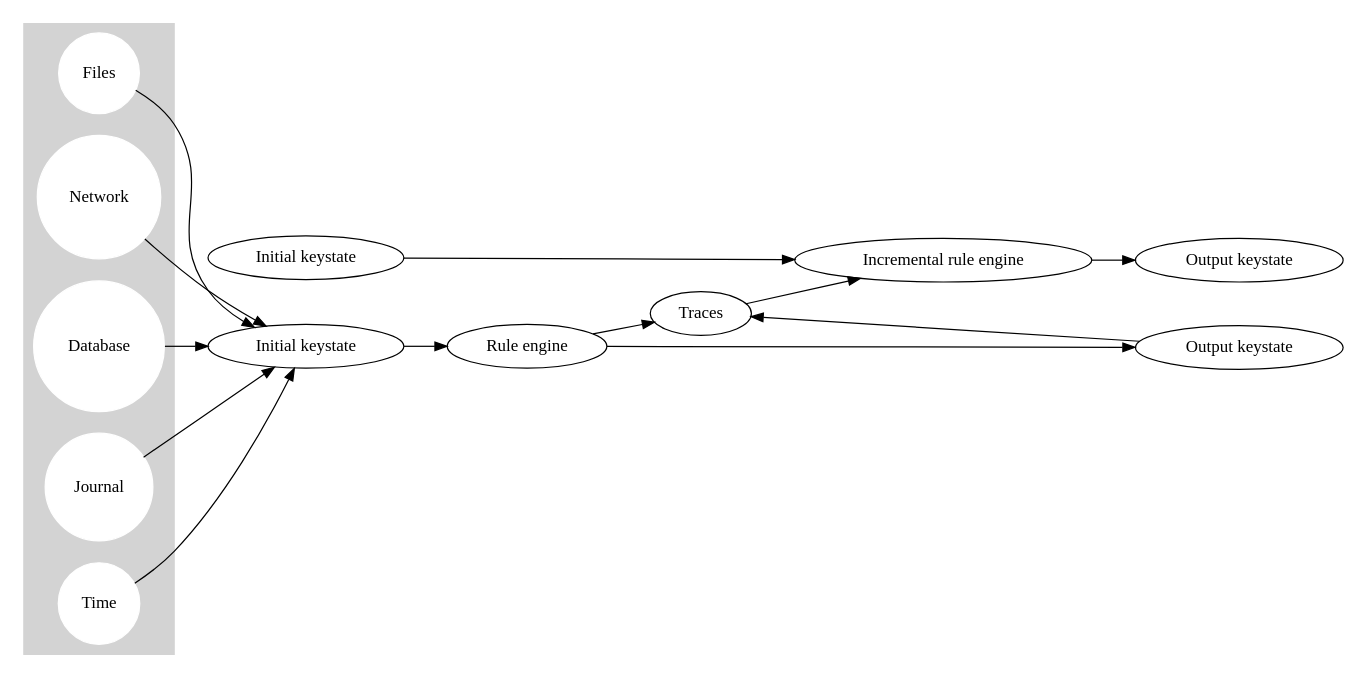
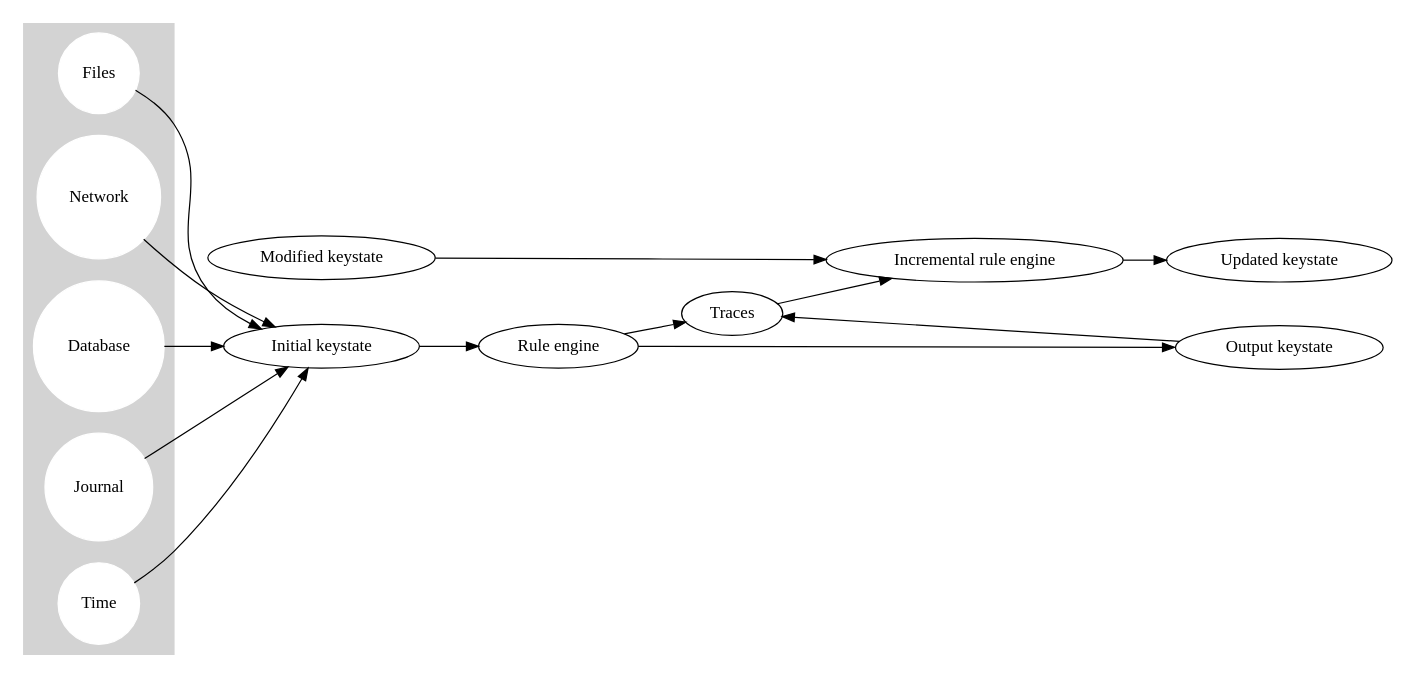
Before and after one commit to Mathnerd314/stroscot: the first of 3 diagrams in docs/BuildSystem.rst, drawn with Graphviz. The commit also changed other lines of this file and 10 other files, not shown here.

```diff
--- a/docs/BuildSystem.rst
+++ b/docs/BuildSystem.rst
@@ -6,30 +6,30 @@
 .. graphviz::
 
   digraph foo {
     rankdir=LR;
     {
     rank=same
     IKey [label="Initial keystate"]
-    IKey2 [label="Initial keystate"]
+    IKey2 [label="Modified keystate"]
     }
     subgraph cluster_keys {
       style=filled; color=lightgrey
       node [style=filled,color=white]
       Files, Network, Database, Journal, Time [shape="circle"]
     }
     {Files; Network; Database; Journal; Time} -> IKey
 
     IKey -> "Rule engine"
     "Rule engine" -> OKey
     {
     rank=same
     OKey [label="Output keystate"]
-    OKey2 [label="Output keystate"]
+    OKey2 [label="Updated keystate"]
     }
 
     "Traces" -> OKey [dir=back]
     "Rule engine" -> "Traces"
 
     {IKey2; "Traces"} -> "Incremental rule engine"
     "Incremental rule engine" -> OKey2
   }
```
